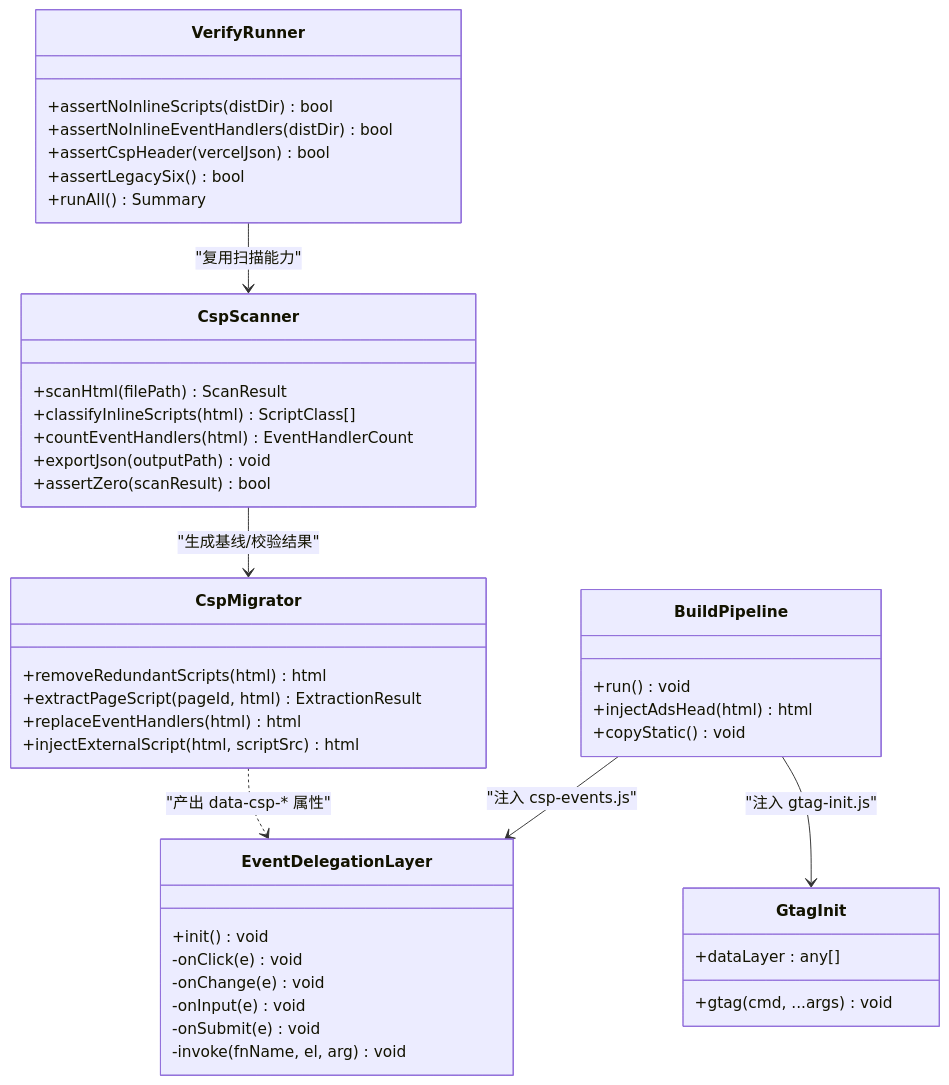
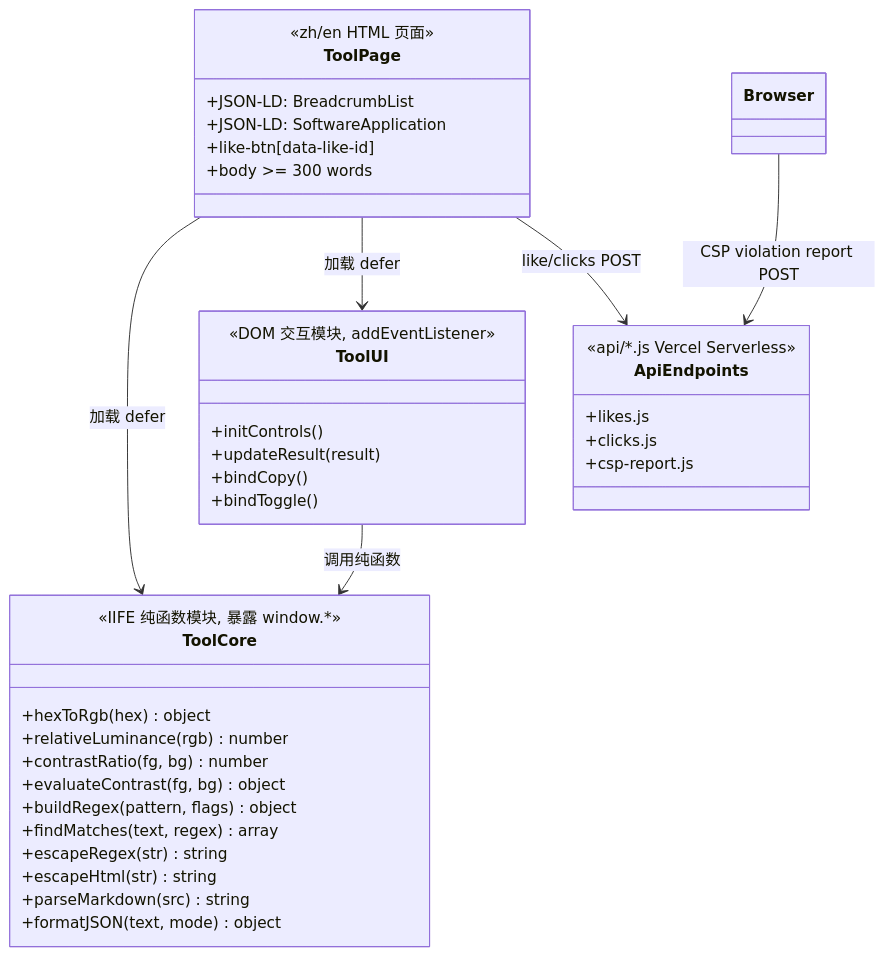
The diagram in docs/class-diagram.mermaid (thin-Z/calc-tools-top), drawn with Mermaid before and after one commit. The commit also changed 199 other files, not shown here.

Commit message:
feat(a11y+security): T04 - csp-report端点+单测+report-uri / skip-link+main id全站 / 30字段补aria-label / 断言[13] / 读屏测试模板

```diff
--- a/docs/class-diagram.mermaid
+++ b/docs/class-diagram.mermaid
@@ -1,43 +1,39 @@
 classDiagram
-    class CspScanner {
-        +scanHtml(filePath) ScanResult
-        +classifyInlineScripts(html) ScriptClass[]
-        +countEventHandlers(html) EventHandlerCount
-        +exportJson(outputPath) void
-        +assertZero(scanResult) bool
+    class ToolCore {
+        <<IIFE 纯函数模块, 暴露 window.*>>
+        +hexToRgb(hex) object
+        +relativeLuminance(rgb) number
+        +contrastRatio(fg, bg) number
+        +evaluateContrast(fg, bg) object
+        +buildRegex(pattern, flags) object
+        +findMatches(text, regex) array
+        +escapeRegex(str) string
+        +escapeHtml(str) string
+        +parseMarkdown(src) string
+        +formatJSON(text, mode) object
     }
-    class CspMigrator {
-        +removeRedundantScripts(html) html
-        +extractPageScript(pageId, html) ExtractionResult
-        +replaceEventHandlers(html) html
-        +injectExternalScript(html, scriptSrc) html
+    class ToolUI {
+        <<DOM 交互模块, addEventListener>>
+        +initControls()
+        +updateResult(result)
+        +bindCopy()
+        +bindToggle()
     }
-    class EventDelegationLayer {
-        +init() void
-        -onClick(e) void
-        -onChange(e) void
-        -onInput(e) void
-        -onSubmit(e) void
-        -invoke(fnName, el, arg) void
+    class ToolPage {
+        <<zh/en HTML 页面>>
+        +JSON-LD: BreadcrumbList
+        +JSON-LD: SoftwareApplication
+        +like-btn[data-like-id]
+        +body >= 300 words
     }
-    class GtagInit {
-        +dataLayer : any[]
-        +gtag(cmd, ...args) void
+    ToolPage --> ToolCore : 加载 defer
+    ToolPage --> ToolUI : 加载 defer
+    ToolUI --> ToolCore : 调用纯函数
+    class ApiEndpoints {
+        <<api/*.js Vercel Serverless>>
+        +likes.js
+        +clicks.js
+        +csp-report.js
     }
-    class VerifyRunner {
-        +assertNoInlineScripts(distDir) bool
-        +assertNoInlineEventHandlers(distDir) bool
-        +assertCspHeader(vercelJson) bool
-        +assertLegacySix() bool
-        +runAll() Summary
-    }
-    class BuildPipeline {
-        +run() void
-        +injectAdsHead(html) html
-        +copyStatic() void
-    }
-    CspScanner --> CspMigrator : "生成基线/校验结果"
-    CspMigrator ..> EventDelegationLayer : "产出 data-csp-* 属性"
-    VerifyRunner --> CspScanner : "复用扫描能力"
-    BuildPipeline --> EventDelegationLayer : "注入 csp-events.js"
-    BuildPipeline --> GtagInit : "注入 gtag-init.js"
+    ToolPage --> ApiEndpoints : like/clicks POST
+    Browser --> ApiEndpoints : CSP violation report POST
```
